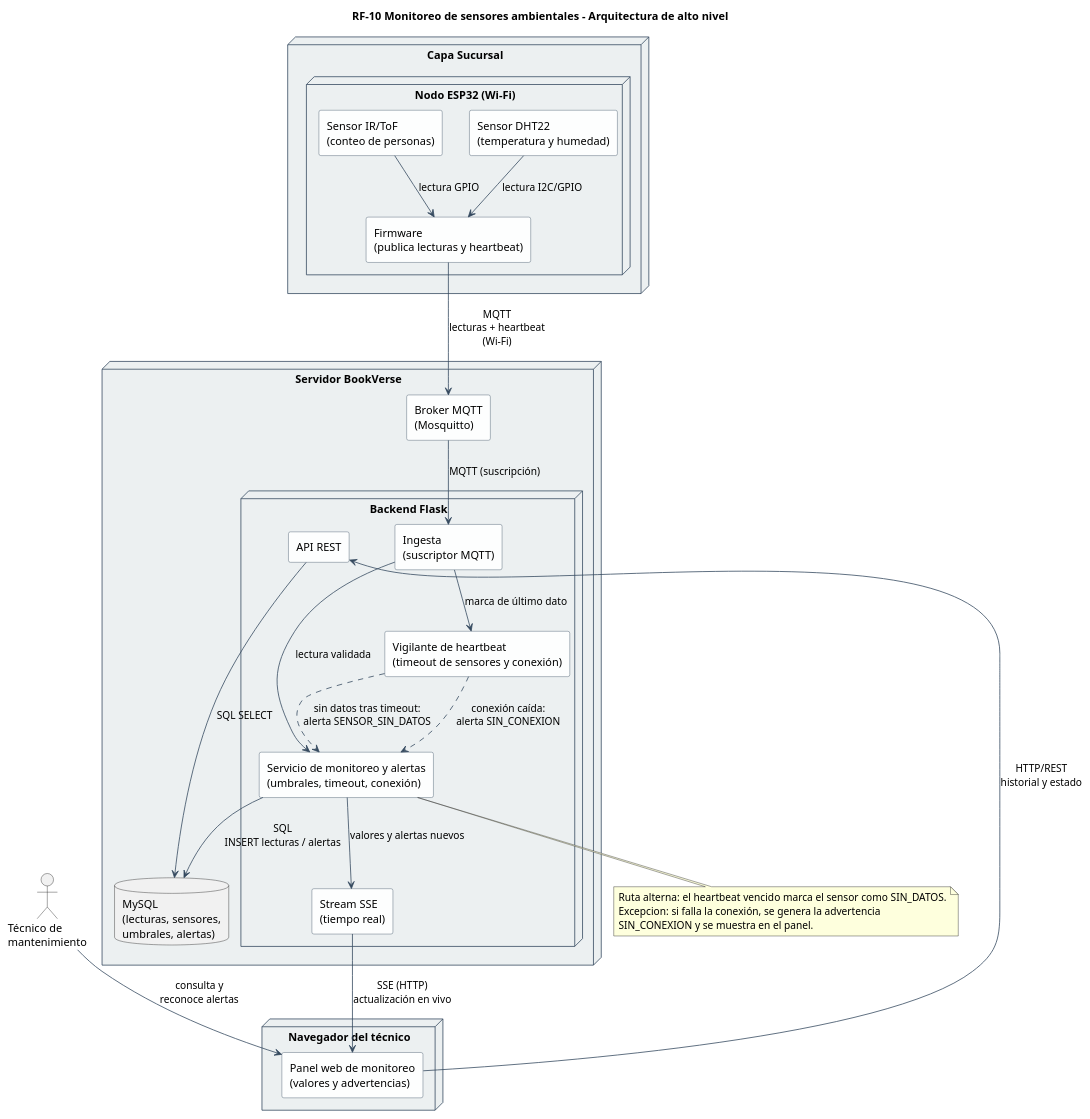
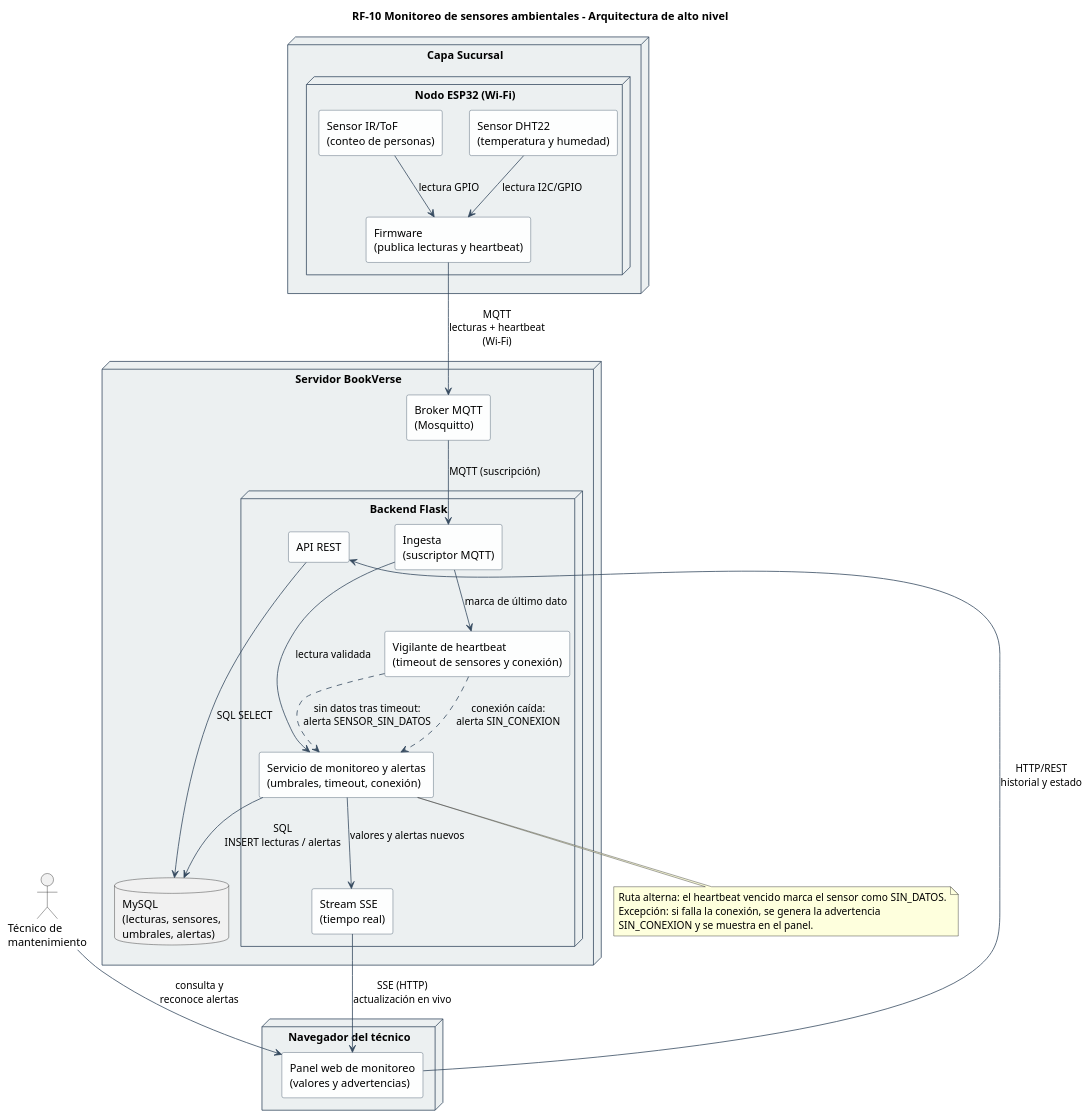
The diagram in etapa3/semana12-avance1/diagramas/arquitectura_rf10.puml (Reas0nt/BookVerse), drawn with PlantUML before and after one commit. The commit also changed 6 other files, not shown here.

Commit message:
fix(etapa3): make RF-10 diagrams legible in the avance 1 report

```diff
--- a/etapa3/semana12-avance1/diagramas/arquitectura_rf10.puml
+++ b/etapa3/semana12-avance1/diagramas/arquitectura_rf10.puml
@@ -1,62 +1,62 @@
 @startuml arquitectura_rf10
 title RF-10 Monitoreo de sensores ambientales - Arquitectura de alto nivel
 skinparam shadowing false
 skinparam componentStyle rectangle
 skinparam defaultFontName Arial
 skinparam ArrowColor #34495E
 skinparam node {
   BackgroundColor #ECF0F1
   BorderColor #34495E
 }
 skinparam component {
   BackgroundColor #FDFEFE
   BorderColor #34495E
 }
 
 actor "Técnico de\nmantenimiento" as Tecnico
 
 node "Capa Sucursal" as Sucursal {
   node "Nodo ESP32 (Wi-Fi)" as ESP {
     component "Sensor DHT22\n(temperatura y humedad)" as DHT
     component "Sensor IR/ToF\n(conteo de personas)" as IR
     component "Firmware\n(publica lecturas y heartbeat)" as FW
   }
 }
 
 node "Servidor BookVerse" as Server {
   component "Broker MQTT\n(Mosquitto)" as Broker
   node "Backend Flask" as Backend {
     component "Ingesta\n(suscriptor MQTT)" as Ingesta
     component "Servicio de monitoreo y alertas\n(umbrales, timeout, conexión)" as Monitor
     component "Vigilante de heartbeat\n(timeout de sensores y conexión)" as Watch
     component "API REST" as API
     component "Stream SSE\n(tiempo real)" as SSE
   }
   database "MySQL\n(lecturas, sensores,\numbrales, alertas)" as DB
 }
 
 node "Navegador del técnico" as Browser {
   component "Panel web de monitoreo\n(valores y advertencias)" as Panel
 }
 
 DHT --> FW : lectura I2C/GPIO
 IR --> FW : lectura GPIO
 FW --> Broker : MQTT\nlecturas + heartbeat\n(Wi-Fi)
 Broker --> Ingesta : MQTT (suscripción)
 Ingesta --> Monitor : lectura validada
 Monitor --> DB : SQL\nINSERT lecturas / alertas
 Ingesta --> Watch : marca de último dato
 Watch ..> Monitor : sin datos tras timeout:\nalerta SENSOR_SIN_DATOS
 Watch ..> Monitor : conexión caída:\nalerta SIN_CONEXION
 API --> DB : SQL SELECT
 Monitor --> SSE : valores y alertas nuevos
 SSE --> Panel : SSE (HTTP)\nactualización en vivo
 Panel --> API : HTTP/REST\nhistorial y estado
 Tecnico --> Panel : consulta y\nreconoce alertas
 
 note bottom of Monitor
   Ruta alterna: el heartbeat vencido marca el sensor como SIN_DATOS.
-  Excepcion: si falla la conexión, se genera la advertencia
+  Excepción: si falla la conexión, se genera la advertencia
   SIN_CONEXION y se muestra en el panel.
 end note
 @enduml
```
